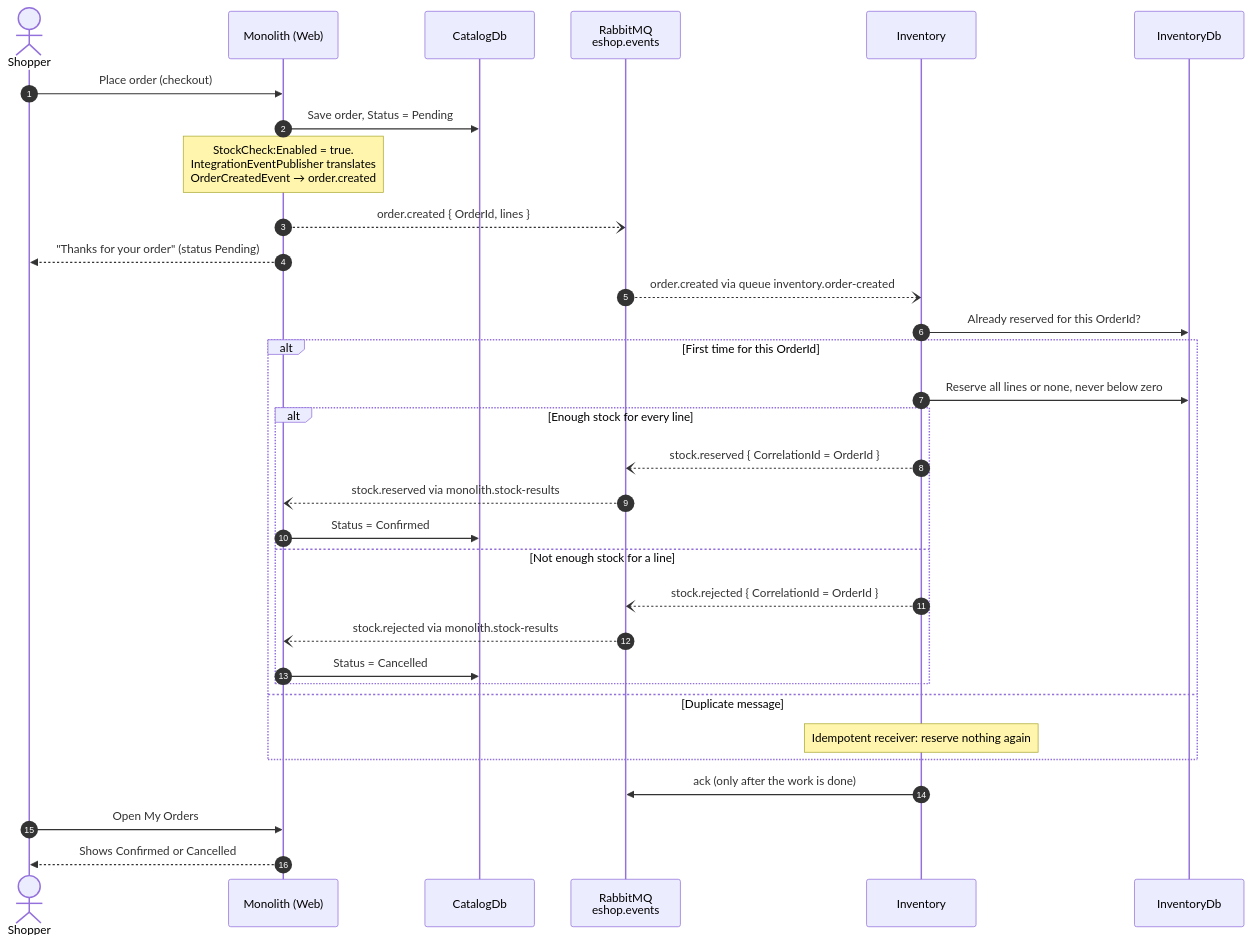
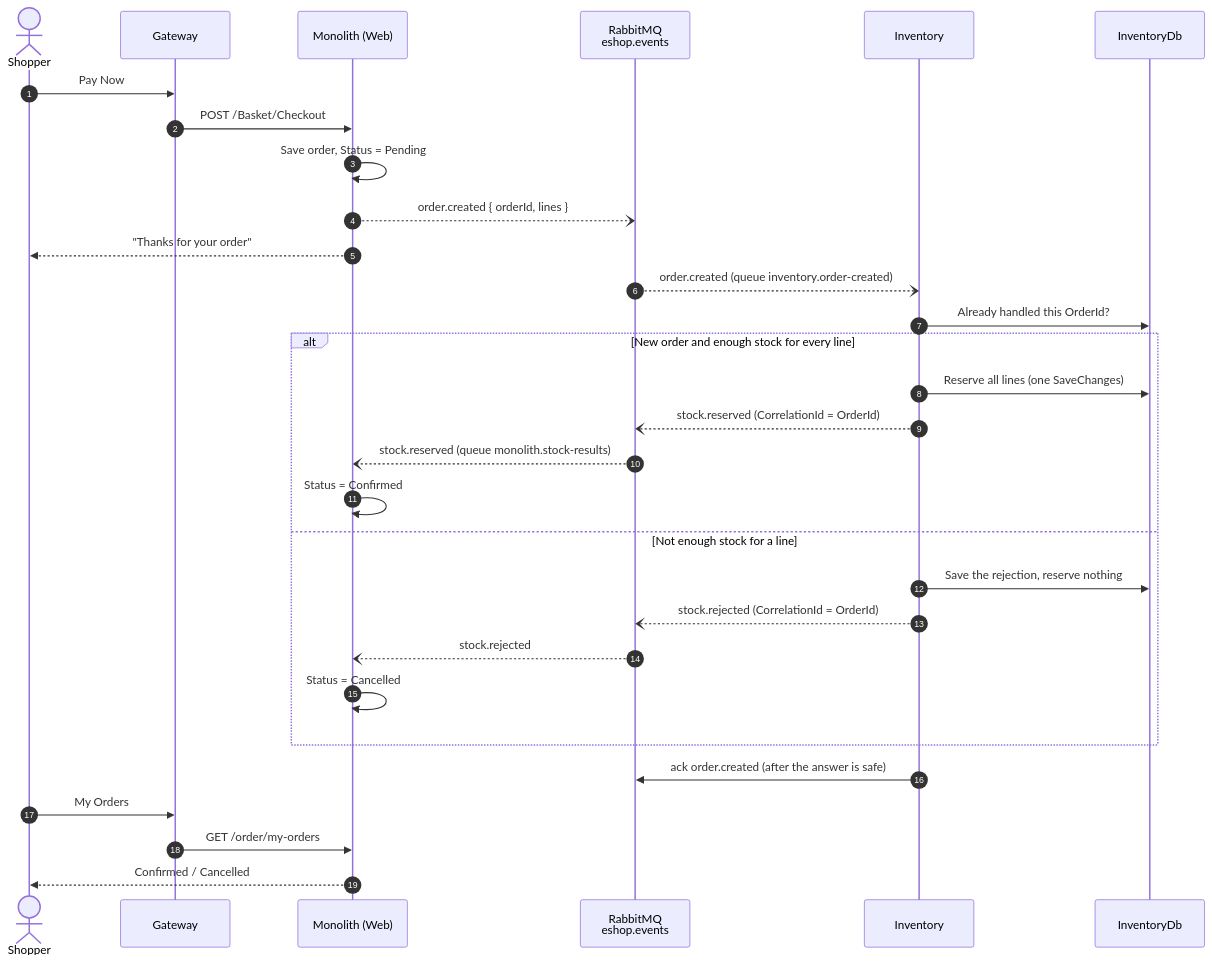
The second of 2 diagrams in architecture/02-target-architecture.md (shoaibalirts/eShopOnWeb), drawn with Mermaid before and after one commit. The commit also changed other lines of this file and 2 other files, not shown here.

Commit message:
Update architecture diagrams to the final design
Flow diagram: the second replica, the dead-letter exchange and queue,
health-checked round-robin, and the admin pages' direct call to
PublicApi. The saga sequence diagram now includes the gateway. Both
Mermaid sources are in architecture/diagrams/ for the PNG export.

````diff
--- a/architecture/02-target-architecture.md
+++ b/architecture/02-target-architecture.md
@@ -85,35 +88,33 @@
 ```mermaid
 sequenceDiagram
     autonumber
     actor U as Shopper
+    participant G as Gateway
     participant M as Monolith (Web)
-    participant MDB as CatalogDb
-    participant EX as RabbitMQ<br/>eshop.events
+    participant MQ as RabbitMQ<br/>eshop.events
     participant I as Inventory
     participant IDB as InventoryDb
 
-    U->>M: Place order (checkout)
-    M->>MDB: Save order, Status = Pending
-    Note over M: StockCheck:Enabled = true.<br/>IntegrationEventPublisher translates<br/>OrderCreatedEvent → order.created
-    M--)EX: order.created { OrderId, lines }
-    M-->>U: "Thanks for your order" (status Pending)
-    EX--)I: order.created via queue inventory.order-created
-    I->>IDB: Already reserved for this OrderId?
-    alt First time for this OrderId
-        I->>IDB: Reserve all lines or none, never below zero
-        alt Enough stock for every line
-            I--)EX: stock.reserved { CorrelationId = OrderId }
-            EX--)M: stock.reserved via monolith.stock-results
-            M->>MDB: Status = Confirmed
-        else Not enough stock for a line
-            I--)EX: stock.rejected { CorrelationId = OrderId }
-            EX--)M: stock.rejected via monolith.stock-results
-            M->>MDB: Status = Cancelled
-        end
-    else Duplicate message
-        Note over I: Idempotent receiver: reserve nothing again
+    U->>G: Pay Now
+    G->>M: POST /Basket/Checkout
+    M->>M: Save order, Status = Pending
+    M--)MQ: order.created { orderId, lines }
+    M-->>U: "Thanks for your order"
+    MQ--)I: order.created (queue inventory.order-created)
+    I->>IDB: Already handled this OrderId?
+    alt New order and enough stock for every line
+        I->>IDB: Reserve all lines (one SaveChanges)
+        I--)MQ: stock.reserved (CorrelationId = OrderId)
+        MQ--)M: stock.reserved (queue monolith.stock-results)
+        M->>M: Status = Confirmed
+    else Not enough stock for a line
+        I->>IDB: Save the rejection, reserve nothing
+        I--)MQ: stock.rejected (CorrelationId = OrderId)
+        MQ--)M: stock.rejected
+        M->>M: Status = Cancelled
     end
-    I->>EX: ack (only after the work is done)
-    U->>M: Open My Orders
-    M-->>U: Shows Confirmed or Cancelled
+    I->>MQ: ack order.created (after the answer is safe)
+    U->>G: My Orders
+    G->>M: GET /order/my-orders
+    M-->>U: Confirmed / Cancelled
 ```
````
